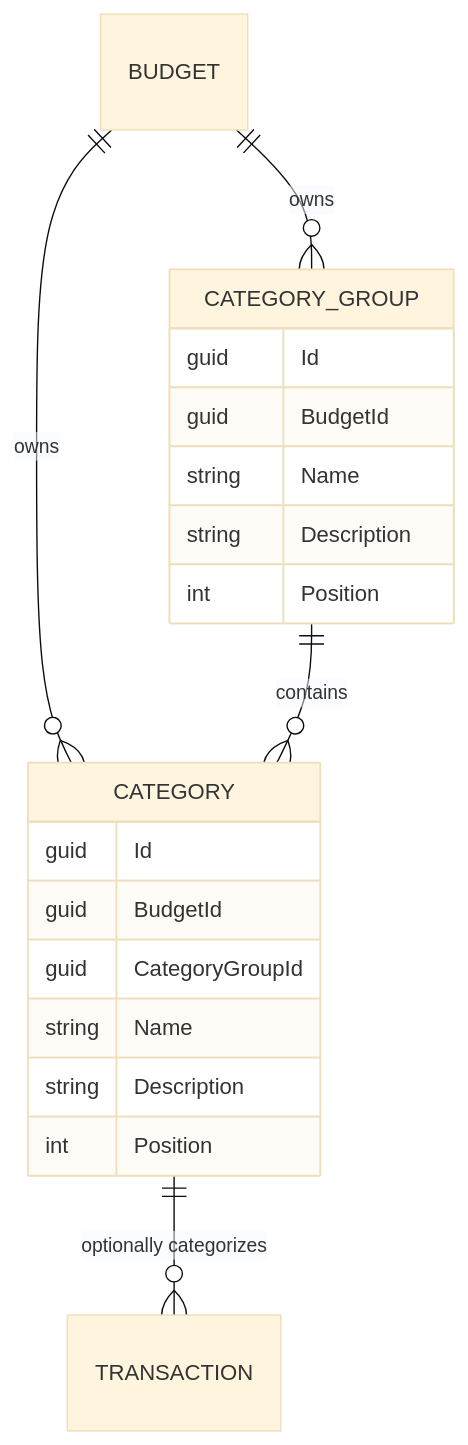
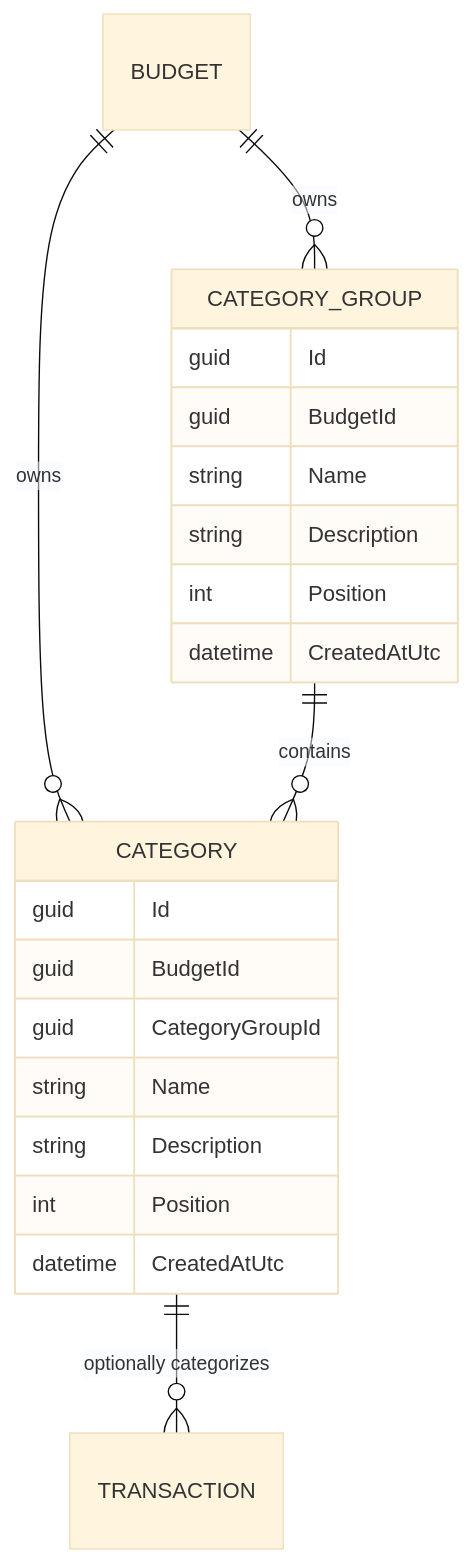
The diagram in docs/business-logic/categories.md (anton-kochev/budgetoid), drawn with Mermaid (base theme) before and after one commit. The commit also changed other lines of this file and 7 other files, not shown here.

````diff
--- a/docs/business-logic/categories.md
+++ b/docs/business-logic/categories.md
@@ -26,22 +27,24 @@
 ```mermaid
 erDiagram
     BUDGET ||--o{ CATEGORY_GROUP : owns
     BUDGET ||--o{ CATEGORY : owns
     CATEGORY_GROUP ||--o{ CATEGORY : contains
     CATEGORY ||--o{ TRANSACTION : "optionally categorizes"
     CATEGORY_GROUP {
         guid Id
         guid BudgetId
         string Name
         string Description
         int Position
+        datetime CreatedAtUtc
     }
     CATEGORY {
         guid Id
         guid BudgetId
         guid CategoryGroupId
         string Name
         string Description
         int Position
+        datetime CreatedAtUtc
     }
 ```
````
